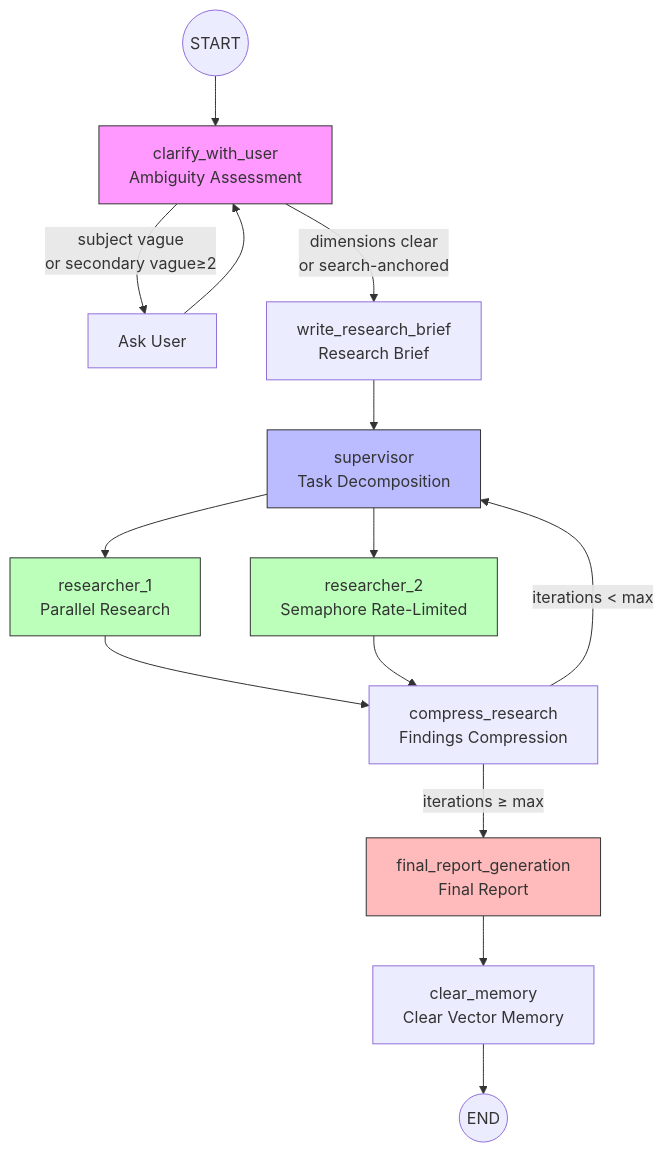
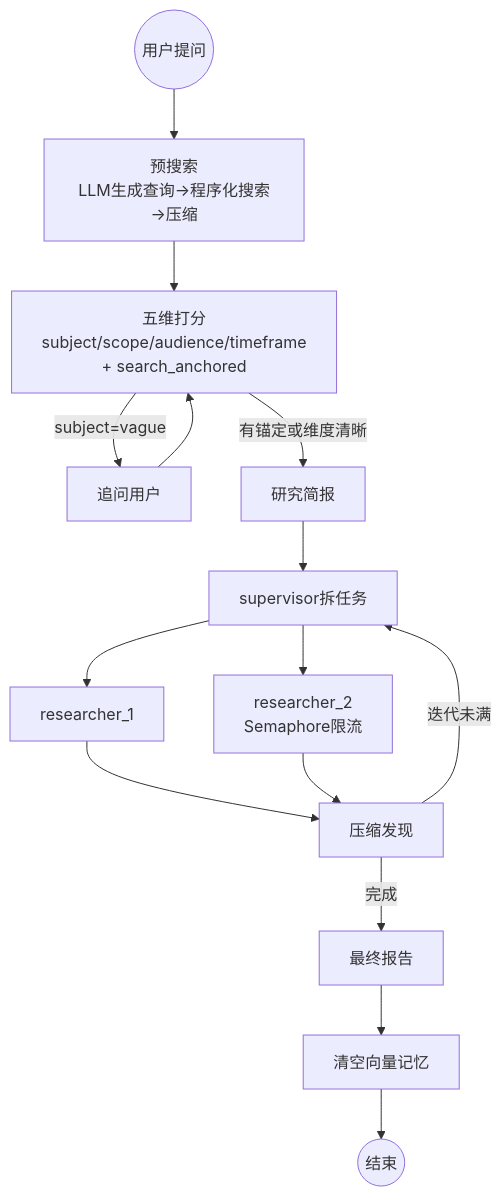
Before and after one commit to gj6khqpm6d-source/DeepClarity: the diagram in README.md, drawn with Mermaid. The commit also changed other lines of this file, not shown here.

````diff
--- a/README.md
+++ b/README.md
@@ -12,29 +11,14 @@
 ```mermaid
 flowchart TD
-    START((START)) --> CLARIFY[clarify_with_user<br/>Ambiguity Assessment]
-
-    CLARIFY -->|subject vague<br/>or secondary vague≥2| QUESTIONS[Ask User]
-    QUESTIONS --> CLARIFY
-
-    CLARIFY -->|dimensions clear<br/>or search-anchored| BRIEF[write_research_brief<br/>Research Brief]
-
-    BRIEF --> SUPERVISOR[supervisor<br/>Task Decomposition]
-
-    SUPERVISOR --> R1[researcher_1<br/>Parallel Research]
-    SUPERVISOR --> R2[researcher_2<br/>Semaphore Rate-Limited]
-
-    R1 --> COMPRESS[compress_research<br/>Findings Compression]
-    R2 --> COMPRESS
-
-    COMPRESS -->|iterations < max| SUPERVISOR
-    COMPRESS -->|iterations ≥ max| REPORT[final_report_generation<br/>Final Report]
-
-    REPORT --> CLEAR[clear_memory<br/>Clear Vector Memory]
-    CLEAR --> END((END))
-
-    style CLARIFY fill:#f9f,stroke:#333
-    style SUPERVISOR fill:#bbf,stroke:#333
-    style R1 fill:#bfb,stroke:#333
-    style R2 fill:#bfb,stroke:#333
-    style REPORT fill:#fbb,stroke:#333
+    START((用户提问)) --> PRE[预搜索<br/>LLM生成查询→程序化搜索→压缩]
+    PRE --> SCORE[五维打分<br/>subject/scope/audience/timeframe<br/>+ search_anchored]
+    SCORE -->|subject=vague| ASK[追问用户]
+    ASK --> SCORE
+    SCORE -->|有锚定或维度清晰| BRIEF[研究简报]
+    BRIEF --> SUPER[supervisor拆任务]
+    SUPER --> R1[researcher_1] & R2[researcher_2<br/>Semaphore限流]
+    R1 & R2 --> COMP[压缩发现]
+    COMP -->|迭代未满| SUPER
+    COMP -->|完成| REPORT[最终报告]
+    REPORT --> MEM[清空向量记忆] --> END((结束))
 ```
````
